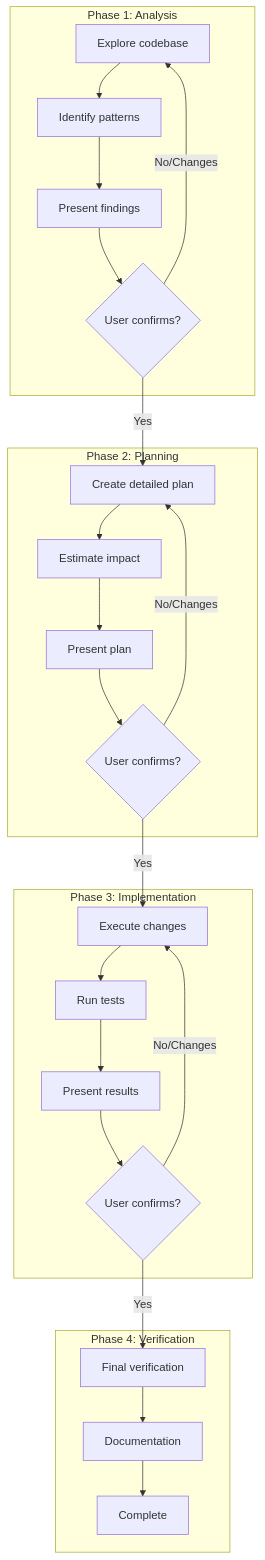
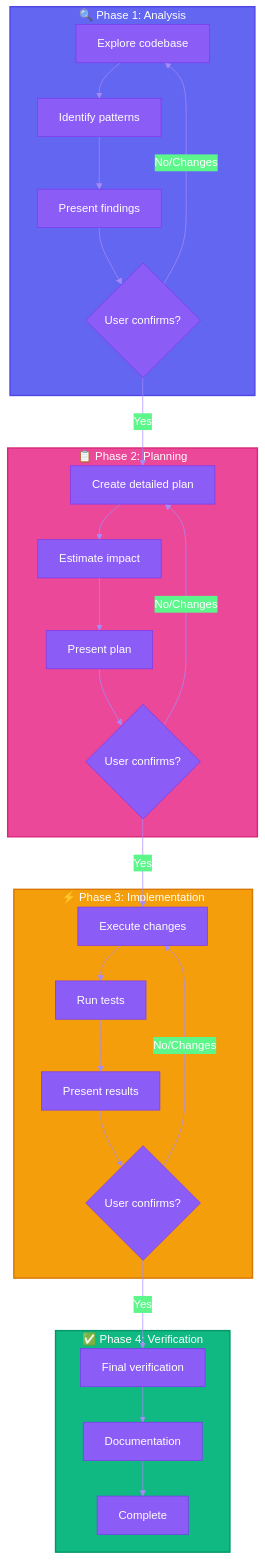
One commit to ThibautMelen/agentic-ai-systems changed the second of 5 diagrams in patterns/07-wizard-workflows.md. Above: the diagram before and after it, drawn with Mermaid. The commit also changed other lines of this file and 7 other files, not shown here.

First line of the commit message:
style(diagrams): add vibrant colors to all Mermaid diagrams

````diff
--- a/patterns/07-wizard-workflows.md
+++ b/patterns/07-wizard-workflows.md
@@ -34,43 +35,49 @@
 ```mermaid
+%%{init: {'theme': 'base', 'themeVariables': { 'primaryColor': '#8b5cf6', 'primaryTextColor': '#ffffff', 'primaryBorderColor': '#7c3aed', 'lineColor': '#a78bfa'}}}%%
 flowchart TB
-    subgraph Phase1["Phase 1: Analysis"]
+    subgraph Phase1["🔍 Phase 1: Analysis"]
         A1[Explore codebase]
         A2[Identify patterns]
         A3[Present findings]
         A4{User confirms?}
     end
 
-    subgraph Phase2["Phase 2: Planning"]
+    subgraph Phase2["📋 Phase 2: Planning"]
         P1[Create detailed plan]
         P2[Estimate impact]
         P3[Present plan]
         P4{User confirms?}
     end
 
-    subgraph Phase3["Phase 3: Implementation"]
+    subgraph Phase3["⚡ Phase 3: Implementation"]
         I1[Execute changes]
         I2[Run tests]
         I3[Present results]
         I4{User confirms?}
     end
 
-    subgraph Phase4["Phase 4: Verification"]
+    subgraph Phase4["✅ Phase 4: Verification"]
         V1[Final verification]
         V2[Documentation]
         V3[Complete]
     end
 
     A1 --> A2 --> A3 --> A4
     A4 -->|Yes| P1
     A4 -->|No/Changes| A1
 
     P1 --> P2 --> P3 --> P4
     P4 -->|Yes| I1
     P4 -->|No/Changes| P1
 
     I1 --> I2 --> I3 --> I4
     I4 -->|Yes| V1
     I4 -->|No/Changes| I1
 
     V1 --> V2 --> V3
+
+    style Phase1 fill:#6366f1,stroke:#4f46e5,stroke-width:2px,color:#ffffff
+    style Phase2 fill:#ec4899,stroke:#db2777,stroke-width:2px,color:#ffffff
+    style Phase3 fill:#f59e0b,stroke:#d97706,stroke-width:2px,color:#ffffff
+    style Phase4 fill:#10b981,stroke:#059669,stroke-width:2px,color:#ffffff
 ```
````
